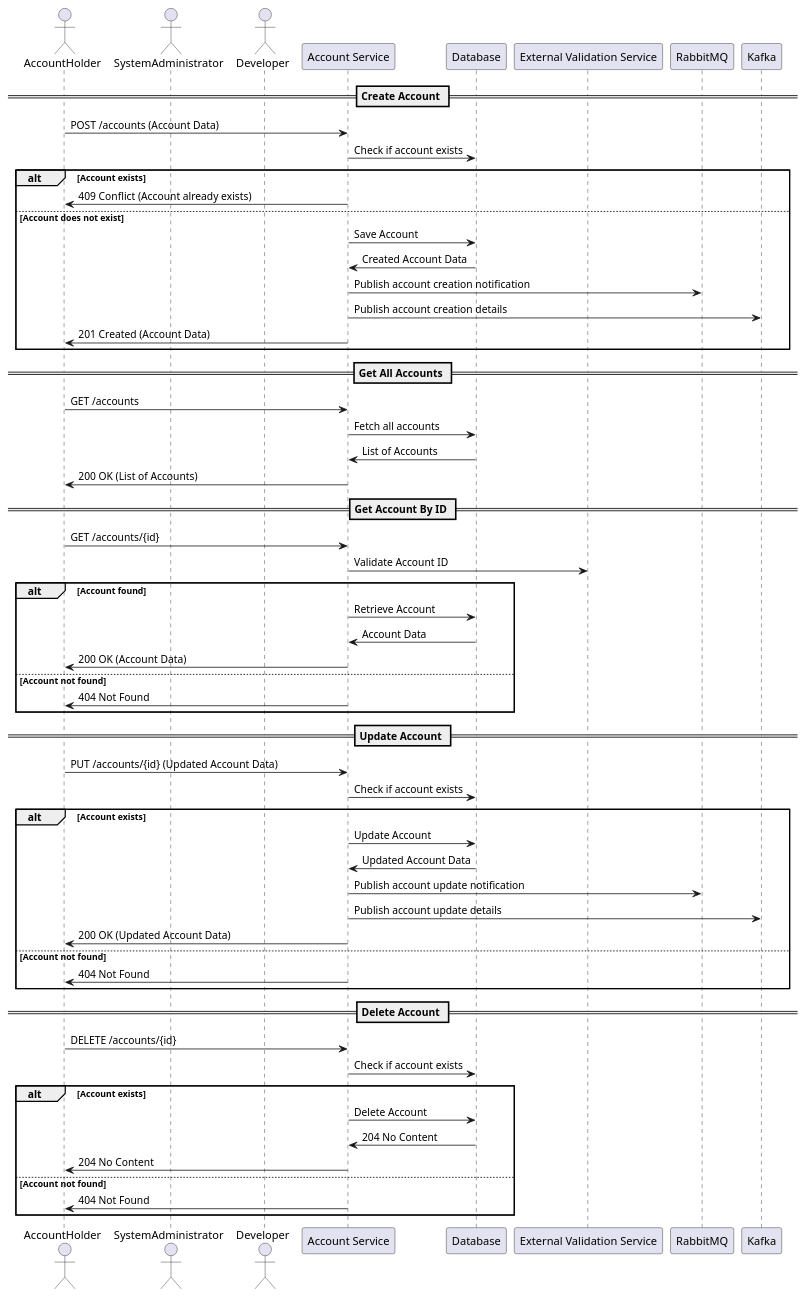
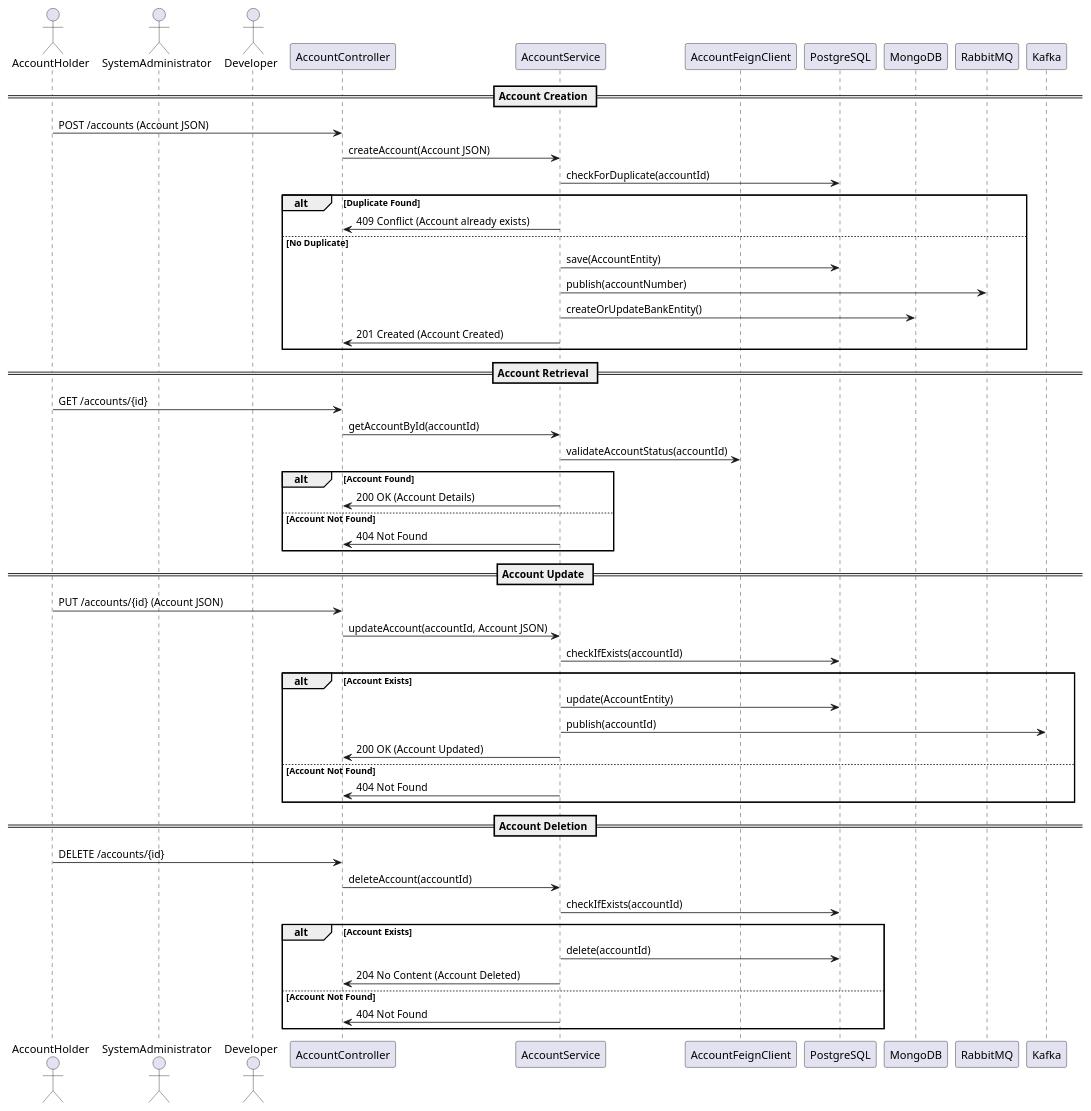
One commit to Bhaskar-Pavan/AccountService changed the diagram in design_document/Account_service.md. Above: the diagram before and after it, drawn with PlantUML. The commit also changed other lines of this file, not shown here.

````diff
--- a/design_document/Account_service.md
+++ b/design_document/Account_service.md
@@ -37,68 +38,61 @@
 ```plantuml
 @startuml
-
 actor AccountHolder
 actor SystemAdministrator
 actor Developer
-participant "Account Service" as AccountService
-participant "Database" as Database
-participant "External Validation Service" as ExternalService
+participant "AccountController" as Controller
+participant "AccountService" as Service
+participant "AccountFeignClient" as FeignClient
+participant "PostgreSQL" as Database
+participant "MongoDB" as BankDatabase
 participant "RabbitMQ" as RabbitMQ
 participant "Kafka" as Kafka
 
-== Create Account ==
-AccountHolder -> AccountService: POST /accounts (Account Data)
-AccountService -> Database: Check if account exists
-alt Account exists
-    AccountService -> AccountHolder: 409 Conflict (Account already exists)
-else Account does not exist
-    AccountService -> Database: Save Account
-    Database -> AccountService: Created Account Data
-    AccountService -> RabbitMQ: Publish account creation notification
-    AccountService -> Kafka: Publish account creation details
-    AccountService -> AccountHolder: 201 Created (Account Data)
+== Account Creation ==
+AccountHolder -> Controller : POST /accounts (Account JSON)
+Controller -> Service : createAccount(Account JSON)
+Service -> Database : checkForDuplicate(accountId)
+alt Duplicate Found
+    Service -> Controller : 409 Conflict (Account already exists)
+else No Duplicate
+    Service -> Database : save(AccountEntity)
+    Service -> RabbitMQ : publish(accountNumber)
+    Service -> BankDatabase : createOrUpdateBankEntity()
+    Service -> Controller : 201 Created (Account Created)
 end
 
-== Get All Accounts ==
-AccountHolder -> AccountService: GET /accounts
-AccountService -> Database: Fetch all accounts
-Database -> AccountService: List of Accounts
-AccountService -> AccountHolder: 200 OK (List of Accounts)
-
-== Get Account By ID ==
-AccountHolder -> AccountService: GET /accounts/{id}
-AccountService -> ExternalService: Validate Account ID
-alt Account found
-    AccountService -> Database: Retrieve Account
-    Database -> AccountService: Account Data
-    AccountService -> AccountHolder: 200 OK (Account Data)
-else Account not found
-    AccountService -> AccountHolder: 404 Not Found
+== Account Retrieval ==
+AccountHolder -> Controller : GET /accounts/{id}
+Controller -> Service : getAccountById(accountId)
+Service -> FeignClient : validateAccountStatus(accountId)
+alt Account Found
+    Service -> Controller : 200 OK (Account Details)
+else Account Not Found
+    Service -> Controller : 404 Not Found
 end
 
-== Update Account ==
-AccountHolder -> AccountService: PUT /accounts/{id} (Updated Account Data)
-AccountService -> Database: Check if account exists
-alt Account exists
-    AccountService -> Database: Update Account
-    Database -> AccountService: Updated Account Data
-    AccountService -> RabbitMQ: Publish account update notification
-    AccountService -> Kafka: Publish account update details
-    AccountService -> AccountHolder: 200 OK (Updated Account Data)
-else Account not found
-    AccountService -> AccountHolder: 404 Not Found
+== Account Update ==
+AccountHolder -> Controller : PUT /accounts/{id} (Account JSON)
+Controller -> Service : updateAccount(accountId, Account JSON)
+Service -> Database : checkIfExists(accountId)
+alt Account Exists
+    Service -> Database : update(AccountEntity)
+    Service -> Kafka : publish(accountId)
+    Service -> Controller : 200 OK (Account Updated)
+else Account Not Found
+    Service -> Controller : 404 Not Found
 end
 
-== Delete Account ==
-AccountHolder -> AccountService: DELETE /accounts/{id}
-AccountService -> Database: Check if account exists
-alt Account exists
-    AccountService -> Database: Delete Account
-    Database -> AccountService: 204 No Content
-    AccountService -> AccountHolder: 204 No Content
-else Account not found
-    AccountService -> AccountHolder: 404 Not Found
+== Account Deletion ==
+AccountHolder -> Controller : DELETE /accounts/{id}
+Controller -> Service : deleteAccount(accountId)
+Service -> Database : checkIfExists(accountId)
+alt Account Exists
+    Service -> Database : delete(accountId)
+    Service -> Controller : 204 No Content (Account Deleted)
+else Account Not Found
+    Service -> Controller : 404 Not Found
 end
 
 @enduml
 ```
````
